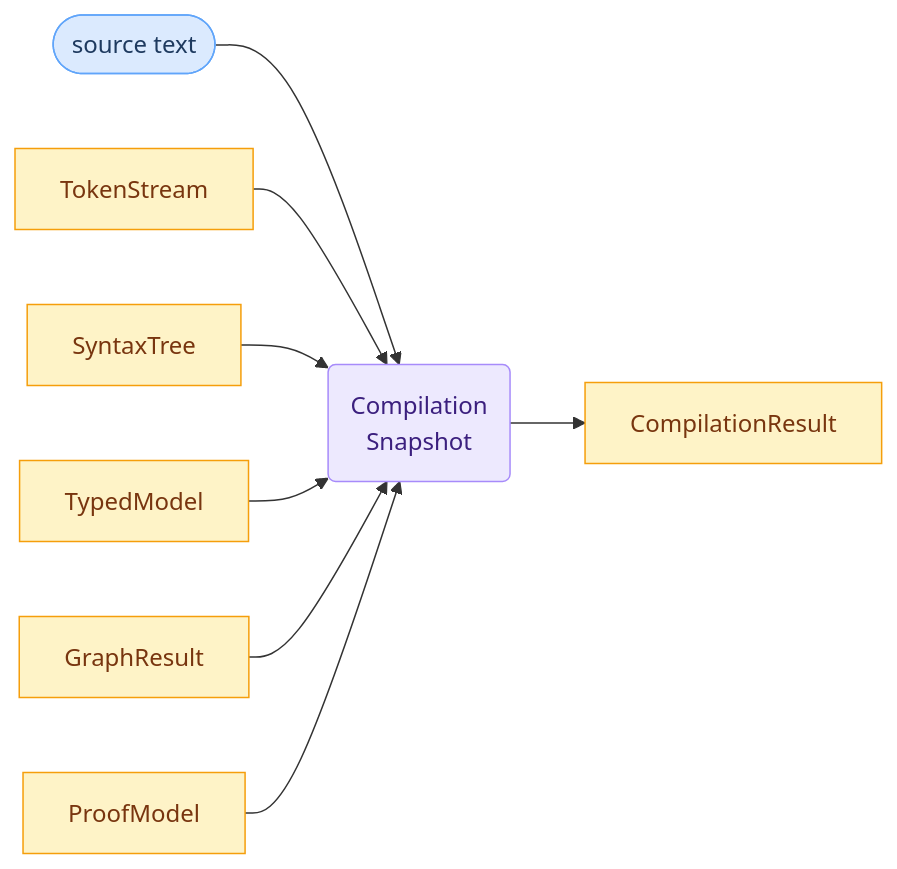
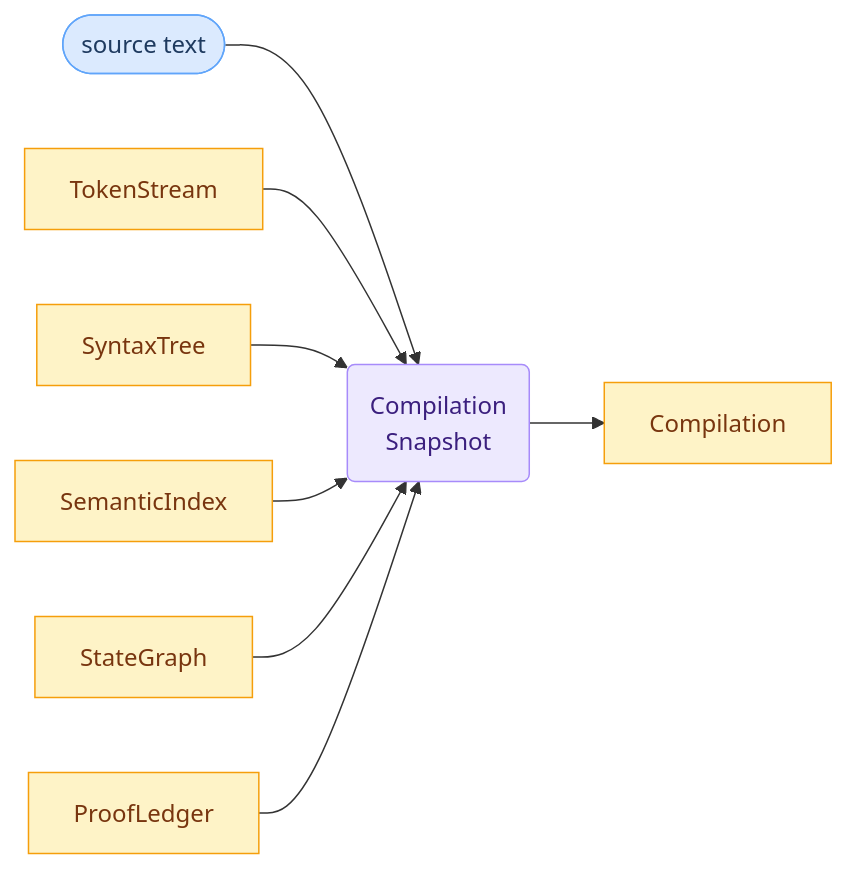
One commit to sfalik/Precept changed the seventh of 9 diagrams in docs/compiler-and-runtime-design.md. Above: the diagram before and after it, drawn with Mermaid. The commit also changed other lines of this file, not shown here.

````diff
--- a/docs/compiler-and-runtime-design.md
+++ b/docs/compiler-and-runtime-design.md
@@ -636,23 +644,23 @@
 ```mermaid
 flowchart LR
     classDef input fill:#dbeafe,stroke:#60a5fa,color:#1e3a5f
     classDef stage fill:#ede9fe,stroke:#a78bfa,color:#3b1f7e
     classDef artifact fill:#fef3c7,stroke:#f59e0b,color:#78350f
 
     SRC([source text]):::input
     TS[TokenStream]:::artifact
     ST[SyntaxTree]:::artifact
-    TM[TypedModel]:::artifact
-    GR[GraphResult]:::artifact
-    PM[ProofModel]:::artifact
+    TM[SemanticIndex]:::artifact
+    GR[StateGraph]:::artifact
+    PM[ProofLedger]:::artifact
     SNAP("Compilation<br/>Snapshot"):::stage
-    OUT[CompilationResult]:::artifact
+    OUT[Compilation]:::artifact
 
     SRC --> SNAP
     TS --> SNAP
     ST --> SNAP
     TM --> SNAP
     GR --> SNAP
     PM --> SNAP
     SNAP --> OUT
 ```
````
